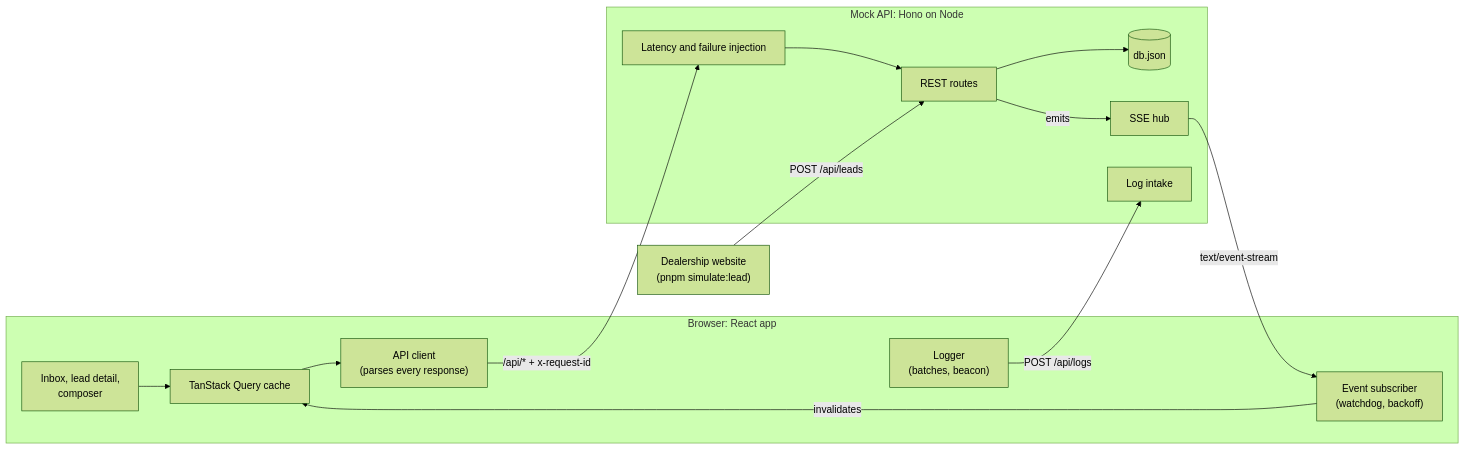
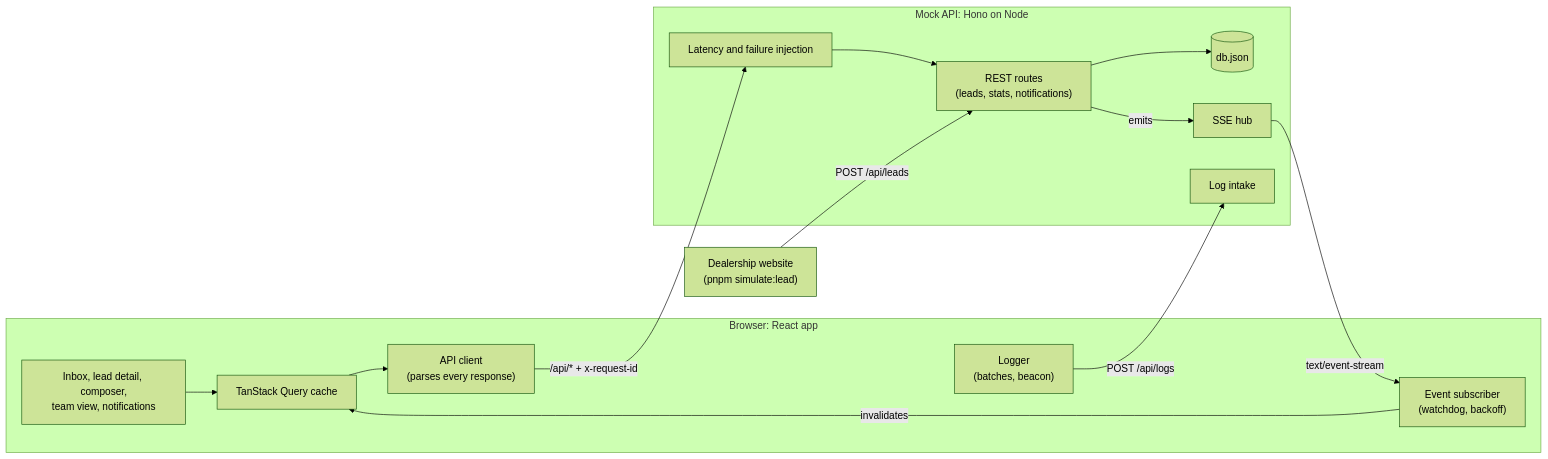
One commit to vmtung/keyloop-lead-manager changed the first of 6 diagrams in docs/design.md. Above: the diagram before and after it, drawn with Mermaid (forest theme). The commit also changed other lines of this file, not shown here.

Commit message:
Design doc: scope (brief vs added), notifications in the model and components, current numbers

````diff
--- a/docs/design.md
+++ b/docs/design.md
@@ -37,29 +51,29 @@
 ```mermaid
 flowchart LR
   subgraph Browser["Browser: React app"]
-    UI["Inbox, lead detail,<br/>composer"]
+    UI["Inbox, lead detail, composer,<br/>team view, notifications"]
     Q["TanStack Query cache"]
     API["API client<br/>(parses every response)"]
     EV["Event subscriber<br/>(watchdog, backoff)"]
     LOG["Logger<br/>(batches, beacon)"]
     UI --> Q --> API
     EV -- invalidates --> Q
   end
 
   subgraph Mock["Mock API: Hono on Node"]
-    REST["REST routes"]
+    REST["REST routes<br/>(leads, stats, notifications)"]
     SSE["SSE hub"]
     INTAKE["Log intake"]
     FAULT["Latency and failure injection"]
     STORE[("db.json")]
     FAULT --> REST --> STORE
     REST -- emits --> SSE
   end
 
   WEB["Dealership website<br/>(pnpm simulate:lead)"]
 
   API -- "/api/* + x-request-id" --> FAULT
   SSE -- "text/event-stream" --> EV
   LOG -- "POST /api/logs" --> INTAKE
   WEB -- "POST /api/leads" --> REST
 ```
````
